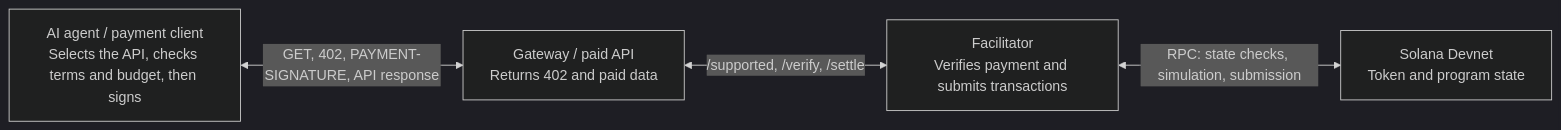
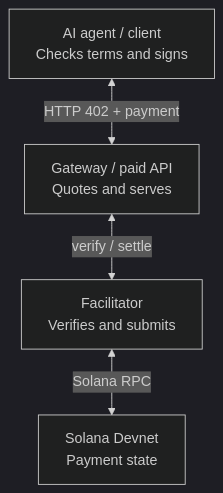
Before and after one commit to init-ikuya/x402-solana-demo: the first of 4 diagrams in docs/demo-payment-architecture.md, drawn with Mermaid (dark theme).

Commit message:
Improve demo architecture diagram readability

````diff
--- a/docs/demo-payment-architecture.md
+++ b/docs/demo-payment-architecture.md
@@ -7,10 +7,10 @@
 ```mermaid
-flowchart LR
-    A["AI agent / payment client<br/>Selects the API, checks terms and budget, then signs"]
-    G["Gateway / paid API<br/>Returns 402 and paid data"]
-    F["Facilitator<br/>Verifies payment and submits transactions"]
-    S["Solana Devnet<br/>Token and program state"]
-    A <-->|"GET, 402, PAYMENT-SIGNATURE, API response"| G
-    G <-->|"/supported, /verify, /settle"| F
-    F <-->|"RPC: state checks, simulation, submission"| S
+flowchart TB
+    A["AI agent / client<br/>Checks terms and signs"]
+    G["Gateway / paid API<br/>Quotes and serves"]
+    F["Facilitator<br/>Verifies and submits"]
+    S["Solana Devnet<br/>Payment state"]
+    A <-->|"HTTP 402 + payment"| G
+    G <-->|"verify / settle"| F
+    F <-->|"Solana RPC"| S
 ```
````
